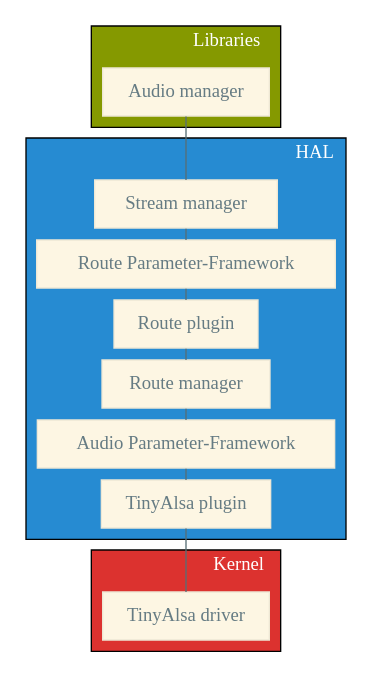
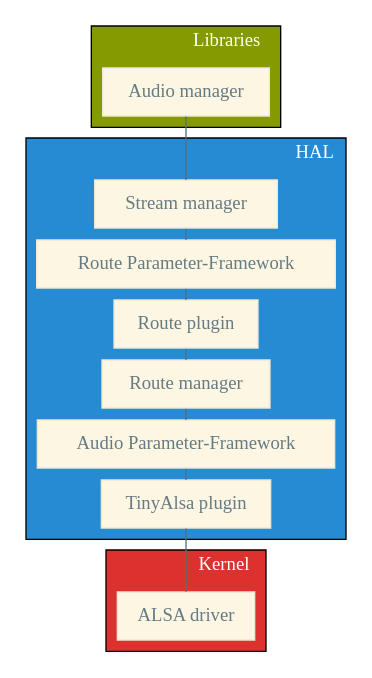
One commit to Makohoek/internship-report changed the diagram in report/src/img/hal-architecture/hal-archi.dot. Above: the diagram before and after it, drawn with Graphviz. The commit also changed 3 other files, not shown here.

```diff
--- a/report/src/img/hal-architecture/hal-archi.dot
+++ b/report/src/img/hal-architecture/hal-archi.dot
@@ -1,88 +1,88 @@
 /**
  * Hal Architecture diagram with solarized light colorscheme
  * Example found on http://fsteeg.com/2006/11/17/uml-class-diagrams-with-graphviz/
  *
  * Colors added by Mattijs Korpershoek
  * <mattijs.korpershoek@gmail.com>
  */
 
 /*
  * Solarized colorscheme:
  * $base03:    #002b36;
  * $base02:    #073642;
  * $base01:    #586e75;
  * $base00:    #657b83;
  * $base0:     #839496;
  * $base1:     #93a1a1;
  * $base2:     #eee8d5;
  * $base3:     #fdf6e3;
  * $yellow:    #b58900;
  * $orange:    #cb4b16;
  * $red:       #dc322f;
  * $magenta:   #d33682;
  * $violet:    #6c71c4;
  * $blue:      #268bd2;
  * $cyan:      #2aa198;
  * $green:     #859900;
  * */
 graph hierarchy
 {
   size="30,15";
   node[shape=record,style=filled,fillcolor="#fdf6e3", fontcolor="#657b83", color="#eee8d5"];
   edge[arrowhead=none, arrowtail=none, color="#586e75"];
   ranksep=0.10; //packs the nodes a bit more
   labeljust="r";
 
   subgraph clusterLibraries{
     label="Libraries";
     AudioMgr [label="Audio manager"];
     bgcolor="#859900";
     fontcolor="#ffffff";
   }
 
   subgraph clusterHal{
     label="HAL";
     edge[arrowhead=none, arrowtail=none, color="#586e75"];
     streamMgr [label="Stream manager"];
     RoutePfw [label="Route Parameter-Framework"];
     RoutePlugin [label="Route plugin"];
     RouteMgr [label="Route manager"];
     AudioPfw [label="Audio Parameter-Framework"];
     TinyPlugin [label="TinyAlsa plugin"];
     bgcolor="#268bd2";
     fontcolor="#ffffff";
   }
 
   subgraph clusterDrivers{
     label="Kernel";
-    TinyAlsa [label="TinyAlsa driver"];
+    TinyAlsa [label="ALSA driver"];
     bgcolor="#dc322f";
     fontcolor="#ffffff";
   }
 
   AudioMgr -- streamMgr;
   streamMgr -- RoutePfw;
   RoutePfw -- RoutePlugin;
   RoutePlugin -- RouteMgr;
   RouteMgr -- AudioPfw;
   AudioPfw -- TinyPlugin;
   TinyPlugin -- TinyAlsa;
 }
 
 /*
    graph G {
    e
    subgraph clusterA {
    a -- b;
    subgraph clusterC {
    C -- D;
    }
    }
    subgraph clusterB {
    d -- f
    }
    d -- D
    e -- clusterB
    clusterC -- clusterB
    }
  */
```
